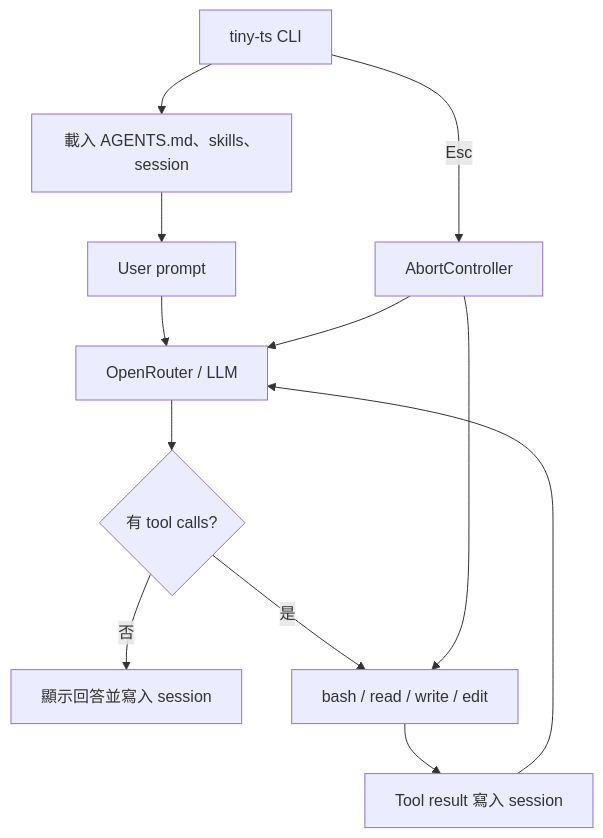
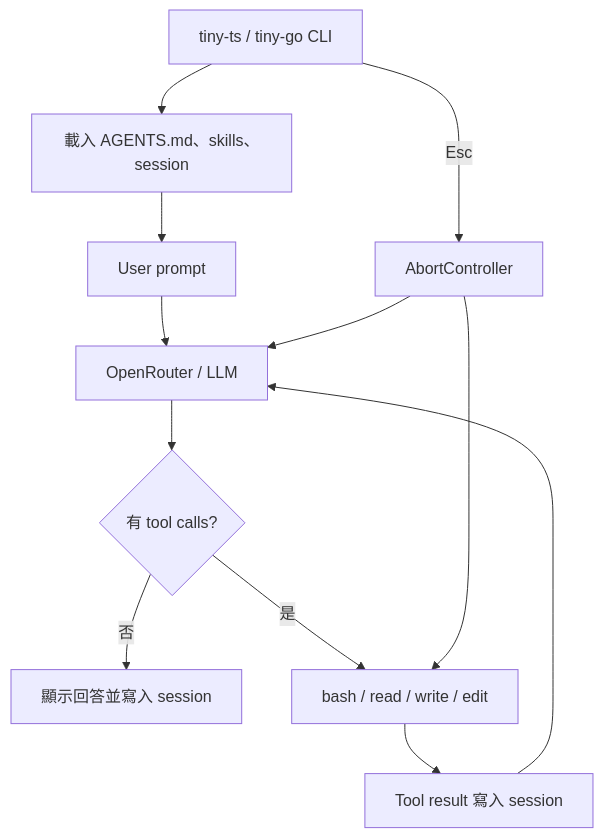
One commit to geminixiang/tiny-agent changed the diagram in README.md. Above: the diagram before and after it, drawn with Mermaid. The commit also changed other lines of this file and 10 other files, not shown here.

````diff
--- a/README.md
+++ b/README.md
@@ -11,14 +11,14 @@
 ```mermaid
 flowchart TD
-    CLI["tiny-ts CLI"] --> Context["載入 AGENTS.md、skills、session"]
+    CLI["tiny-ts / tiny-go CLI"] --> Context["載入 AGENTS.md、skills、session"]
     Context --> User["User prompt"]
     User --> Model["OpenRouter / LLM"]
     Model --> Decision{"有 tool calls?"}
     Decision -- 否 --> Answer["顯示回答並寫入 session"]
     Decision -- 是 --> Tools["bash / read / write / edit"]
     Tools --> Result["Tool result 寫入 session"]
     Result --> Model
     CLI -- Esc --> Abort["AbortController"]
     Abort --> Model
     Abort --> Tools
 ```
````
